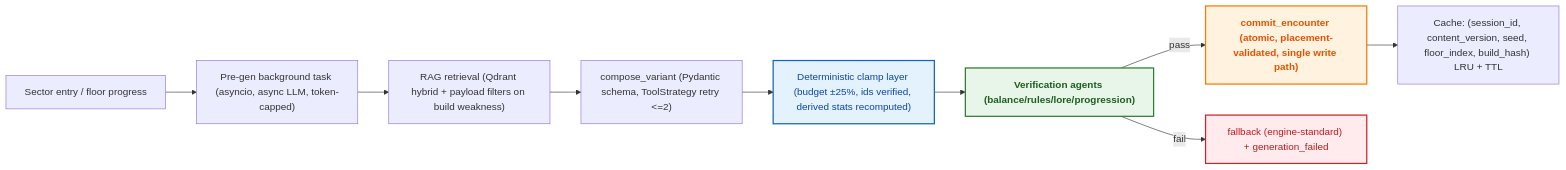
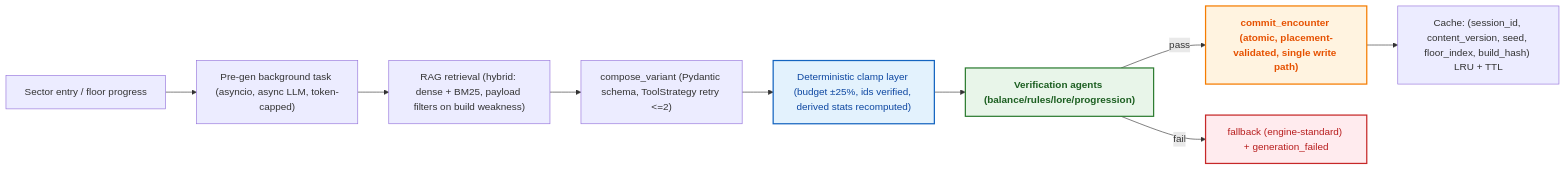
Before and after one commit to Ember96/Heirs-of-the-Abyss: the first of 2 diagrams in docs/08-content-catalog.md, drawn with Mermaid. The commit also changed other lines of this file and 10 other files, not shown here.

Commit message:
chore(rag): drop dead Qdrant path; document local hybrid as retrieval architecture

````diff
--- a/docs/08-content-catalog.md
+++ b/docs/08-content-catalog.md
@@ -13,16 +13,16 @@
 ```mermaid
 flowchart LR
   classDef crit fill:#FFF3E0,stroke:#F57C00,stroke-width:2px,color:#E65100,font-weight:bold
   classDef ok   fill:#E8F5E9,stroke:#2E7D32,stroke-width:2px,color:#1B5E20,font-weight:bold
   classDef bad  fill:#FFEBEE,stroke:#C62828,stroke-width:2px,color:#B71C1C
   classDef info fill:#E3F2FD,stroke:#1565C0,stroke-width:2px,color:#0D47A1
 
   A["Sector entry / floor progress"] --> B["Pre-gen background task (asyncio, async LLM, token-capped)"]
-  B --> C["RAG retrieval (Qdrant hybrid + payload filters on build weakness)"]
+  B --> C["RAG retrieval (hybrid: dense + BM25, payload filters on build weakness)"]
   C --> D["compose_variant (Pydantic schema, ToolStrategy retry <=2)"]
   D --> E["Deterministic clamp layer (budget ±25%, ids verified, derived stats recomputed)"]:::info
   E --> F["Verification agents (balance/rules/lore/progression)"]:::ok
   F -->|pass| G["commit_encounter (atomic, placement-validated, single write path)"]:::crit
   F -->|fail| H["fallback (engine-standard) + generation_failed"]:::bad
   G --> I["Cache: (session_id, content_version, seed, floor_index, build_hash) LRU + TTL"]
 ```
````
